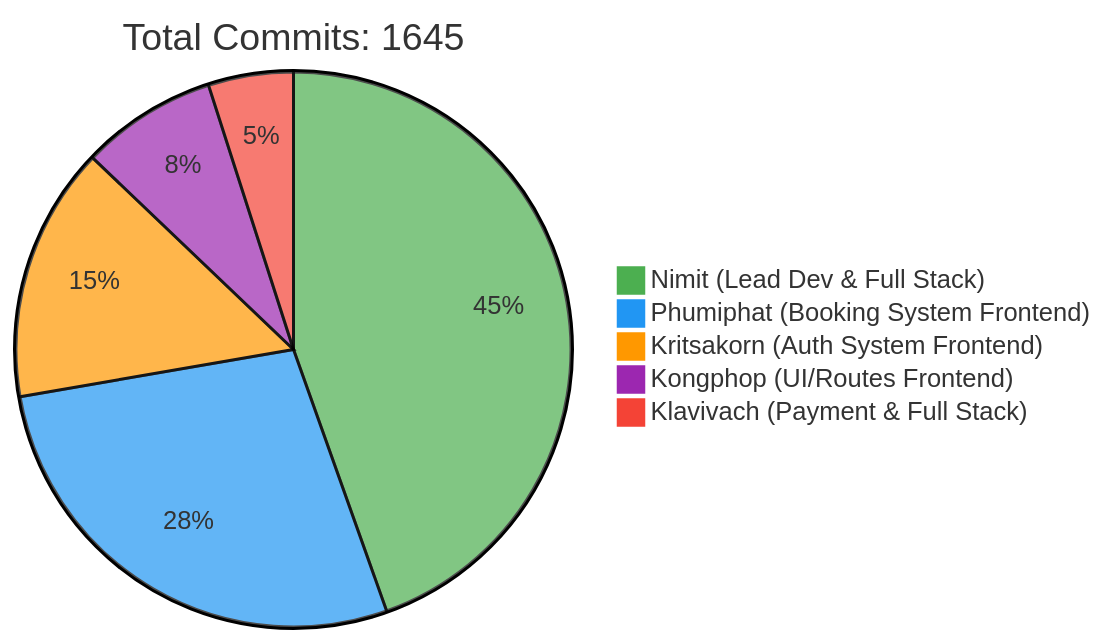
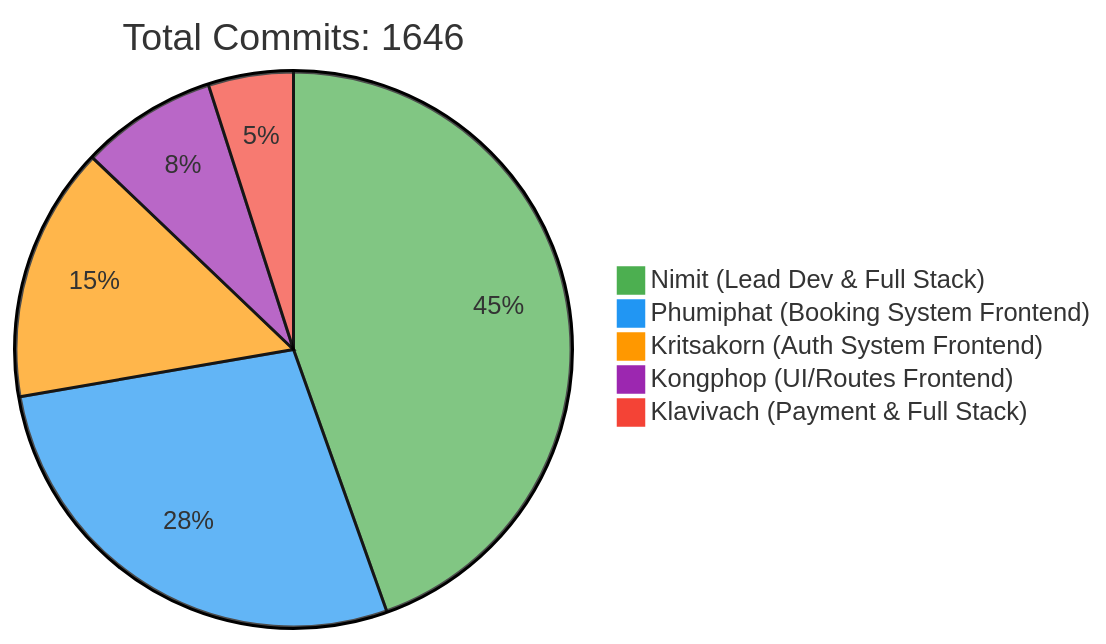
The first of 2 diagrams in README.md (6531503042/Sport-Complex), drawn with Mermaid before and after one commit. The commit also changed other lines of this file, not shown here.

Commit message:
docs: Update contributor statistics [skip ci]

````diff
--- a/README.md
+++ b/README.md
@@ -257,10 +257,10 @@
 ```mermaid
 %%{init: {'theme': 'base', 'themeVariables': { 'pie1': '#4CAF50', 'pie2': '#2196F3', 'pie3': '#FF9800', 'pie4': '#9C27B0', 'pie5': '#F44336'}}}%%
 pie
-    title Total Commits: 1645
+    title Total Commits: 1646
     "Nimit (Lead Dev & Full Stack)" : 450
     "Phumiphat (Booking System Frontend)" : 280
     "Kritsakorn (Auth System Frontend)" : 150
     "Kongphop (UI/Routes Frontend)" : 80
     "Klavivach (Payment & Full Stack)" : 50
 ```
````
